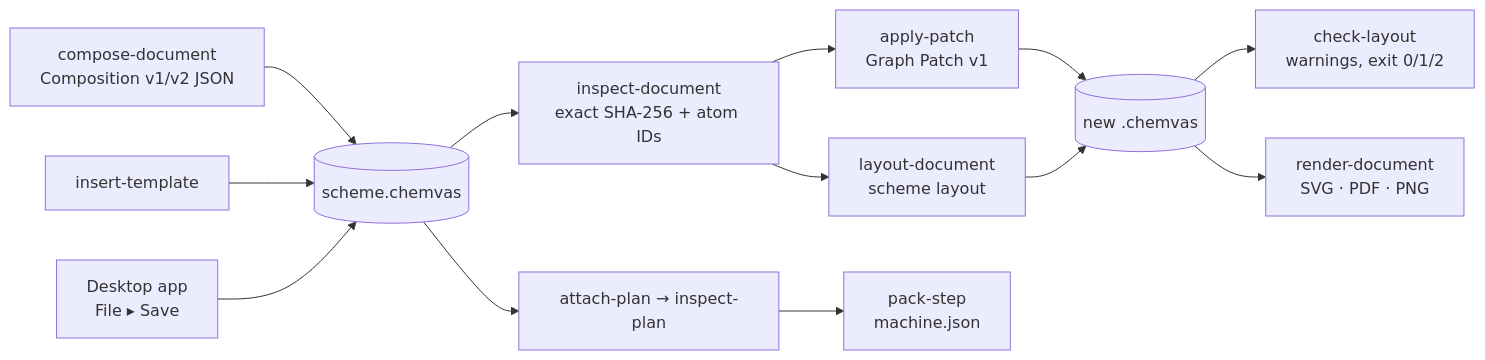
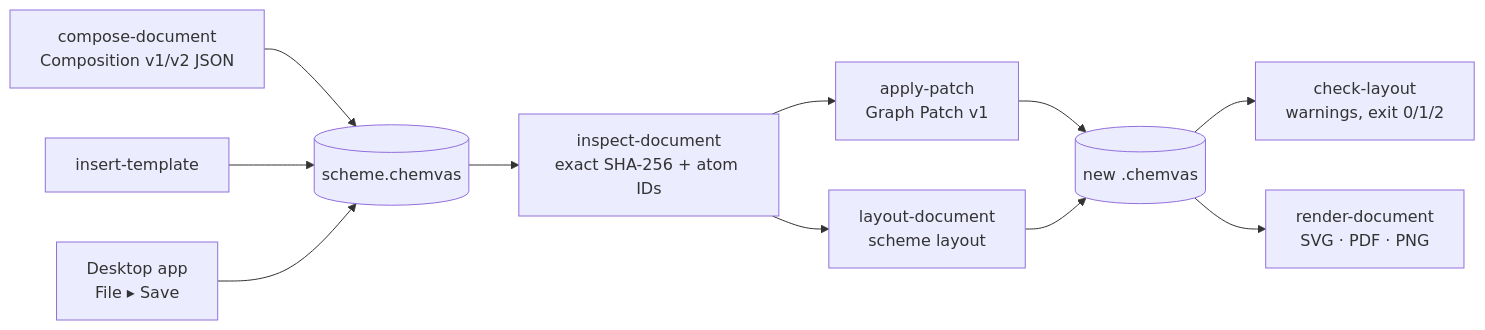
The diagram in docs/AGENT_CLI.md (dhsohn/Chemvas), drawn with Mermaid before and after one commit. The commit also changed other lines of this file and 420 other files, not shown here.

````diff
--- a/docs/AGENT_CLI.md
+++ b/docs/AGENT_CLI.md
@@ -9,15 +9,13 @@
 ```mermaid
 flowchart LR
     compose["compose-document<br/>Composition v1/v2 JSON"] --> doc[("scheme.chemvas")]
     template["insert-template"] --> doc
     desktop["Desktop app<br/>File ▸ Save"] --> doc
     doc --> inspect["inspect-document<br/>exact SHA-256 + atom IDs"]
     inspect --> patch["apply-patch<br/>Graph Patch v1"]
     inspect --> layout["layout-document<br/>scheme layout"]
     patch --> revised[("new .chemvas")]
     layout --> revised
     revised --> check["check-layout<br/>warnings, exit 0/1/2"]
     revised --> render["render-document<br/>SVG · PDF · PNG"]
-    doc --> plan["attach-plan → inspect-plan"]
-    plan --> pack["pack-step<br/>machine.json"]
 ```
````
